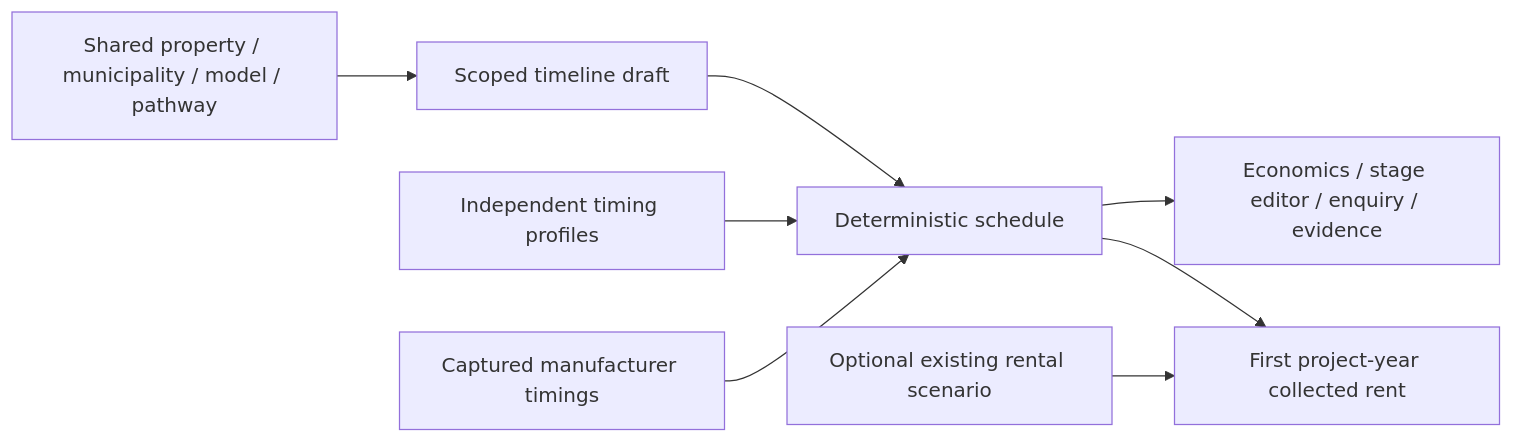
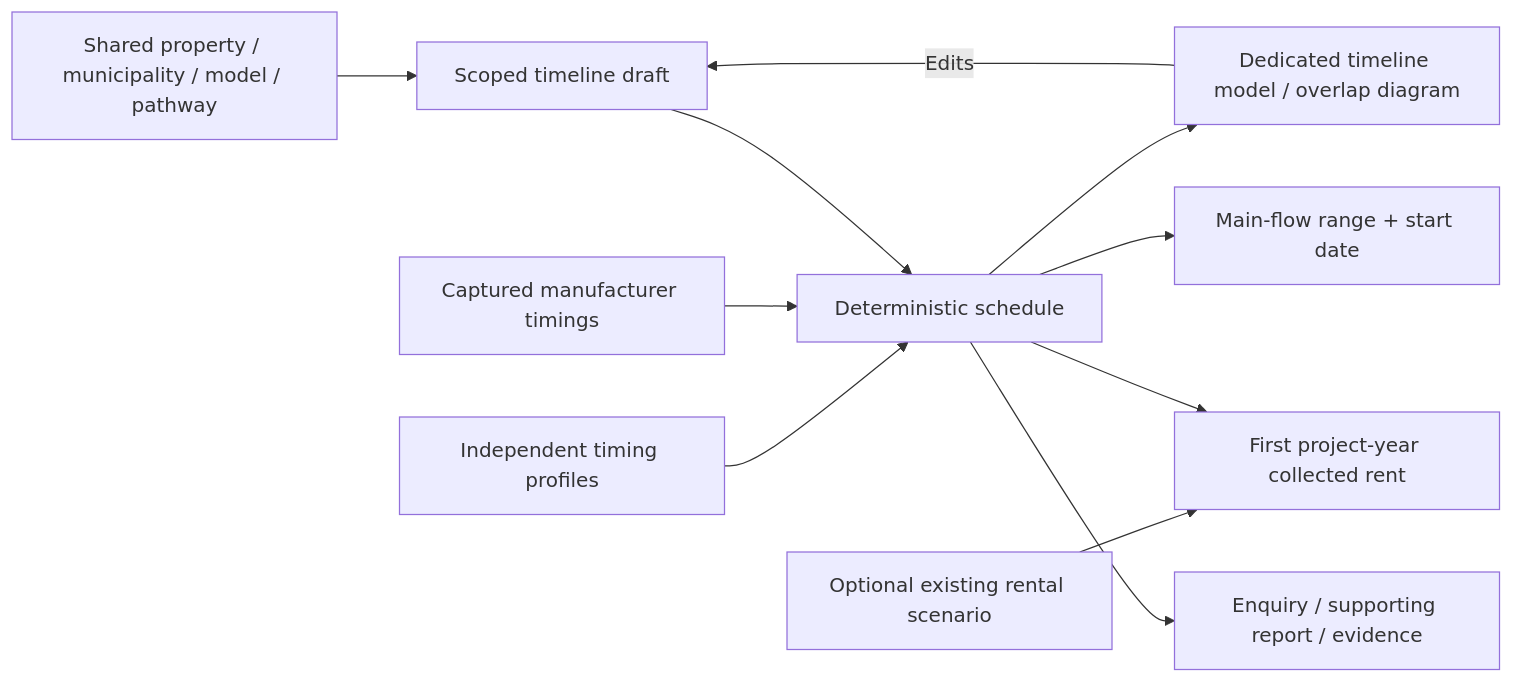
The diagram in docs/project-timeline.md (QuinnPaterson96/ShovelReady), drawn with Mermaid before and after one commit. The commit also changed other lines of this file and 21 other files, not shown here.

Commit message:
Add dedicated timeline modeling with shared project navigation

````diff
--- a/docs/project-timeline.md
+++ b/docs/project-timeline.md
@@ -3,10 +3,13 @@
 ```mermaid
 flowchart LR
   Context[Shared property / municipality / model / pathway] --> Draft[Scoped timeline draft]
   Municipal[Independent timing profiles] --> Calculate[Deterministic schedule]
   Catalogue[Captured manufacturer timings] --> Calculate
   Draft --> Calculate
-  Calculate --> Views[Economics / stage editor / enquiry / evidence]
+  Calculate --> Summary[Main-flow range + start date]
+  Calculate --> Detail[Dedicated timeline model / overlap diagram]
+  Detail -->|Edits| Draft
+  Calculate --> Views[Enquiry / supporting report / evidence]
   Rental[Optional existing rental scenario] --> FirstYear[First project-year collected rent]
   Calculate --> FirstYear
 ```
````
